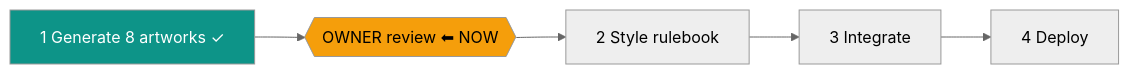
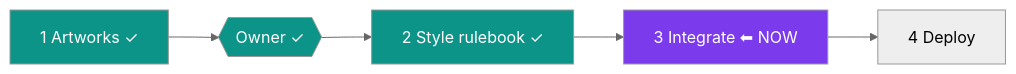
The diagram in .oplan/delight-pass/STATUS.md (dkreinov/magic-clinic-english), drawn with Mermaid (neutral theme) before and after one commit. The commit also changed other lines of this file and 3 other files, not shown here.

````diff
--- a/.oplan/delight-pass/STATUS.md
+++ b/.oplan/delight-pass/STATUS.md
@@ -11,6 +9,8 @@
 ```mermaid
 flowchart LR
-    P1[1 Generate 8 artworks ✓] --> GATE{{OWNER review ⬅ NOW}} --> P2[2 Style rulebook] --> P3[3 Integrate] --> P4[4 Deploy]
+    P1[1 Artworks ✓] --> GATE{{Owner ✓}} --> P2[2 Style rulebook ✓] --> P3[3 Integrate ⬅ NOW] --> P4[4 Deploy]
     style P1 fill:#0d9488,color:#fff
-    style GATE fill:#f59e0b,color:#000
+    style GATE fill:#0d9488,color:#fff
+    style P2 fill:#0d9488,color:#fff
+    style P3 fill:#7c3aed,color:#fff
 ```
````
